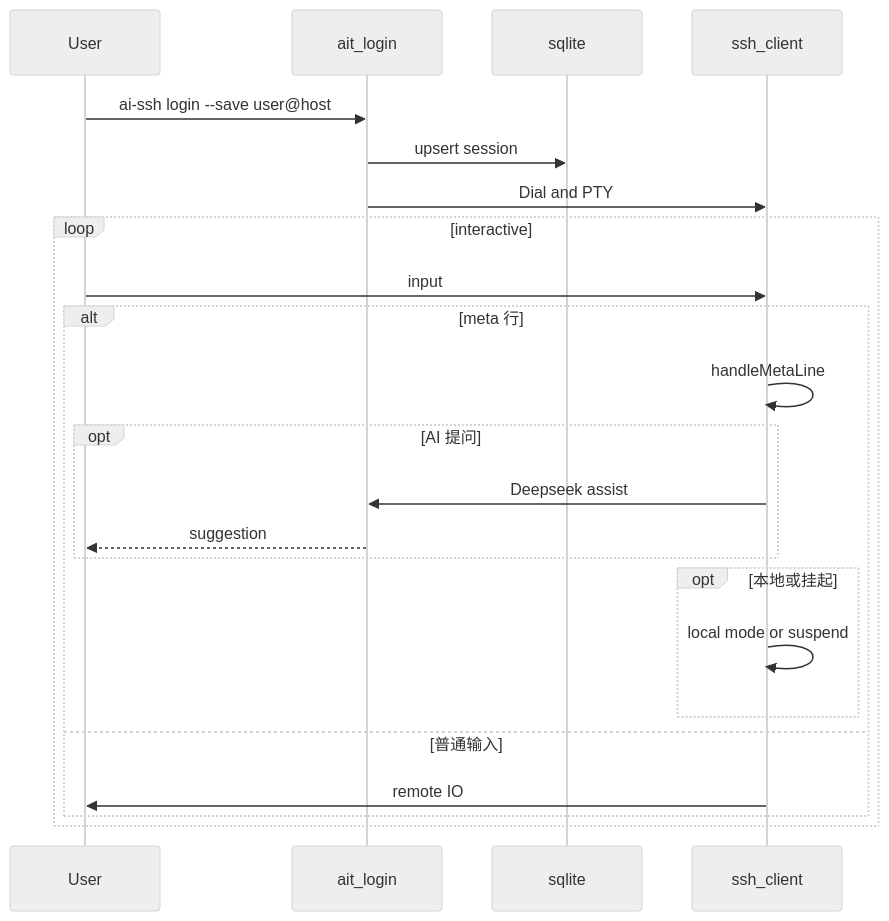
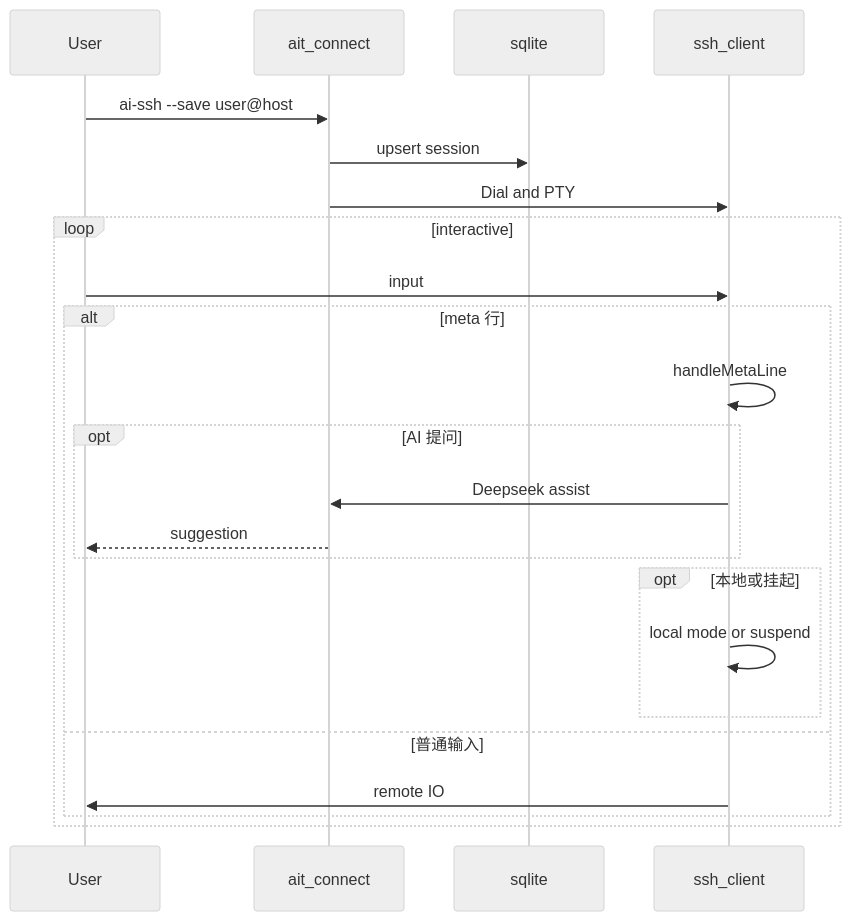
Before and after one commit to os-artificer/AiT: the fourth of 8 diagrams in docs/design.zh-CN.md, drawn with Mermaid (neutral theme). The commit also changed other lines of this file and 62 other files, not shown here.

Commit message:
feat(ai-ssh): OpenSSH-default connect; drop login subcommand

````diff
--- a/docs/design.zh-CN.md
+++ b/docs/design.zh-CN.md
@@ -347,25 +349,25 @@
 ```mermaid
 sequenceDiagram
   participant User
-  participant CLI as ait_login
+  participant CLI as ait_connect
   participant DB as sqlite
   participant SSH as ssh_client
-  User->>CLI: ai-ssh login --save user@host
+  User->>CLI: ai-ssh --save user@host
   CLI->>DB: upsert session
   CLI->>SSH: Dial and PTY
   loop interactive
     User->>SSH: input
     alt meta 行
       SSH->>SSH: handleMetaLine
       opt AI 提问
         SSH->>CLI: Deepseek assist
         CLI-->>User: suggestion
       end
       opt 本地或挂起
         SSH->>SSH: local mode or suspend
       end
     else 普通输入
       SSH->>User: remote IO
     end
   end
 ```
````
